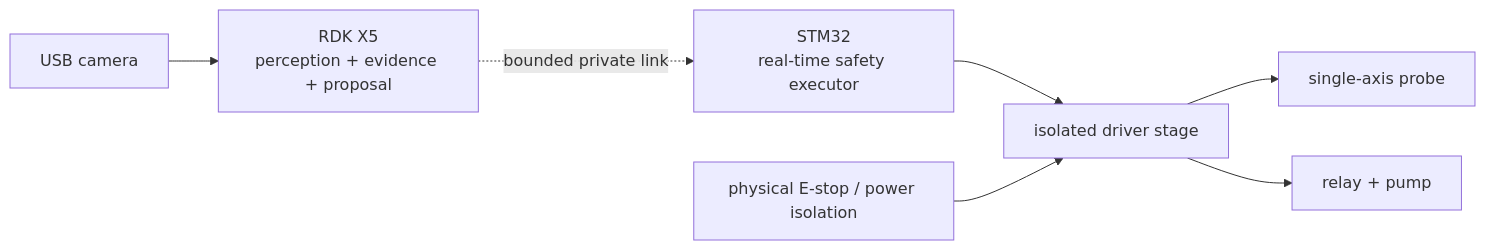
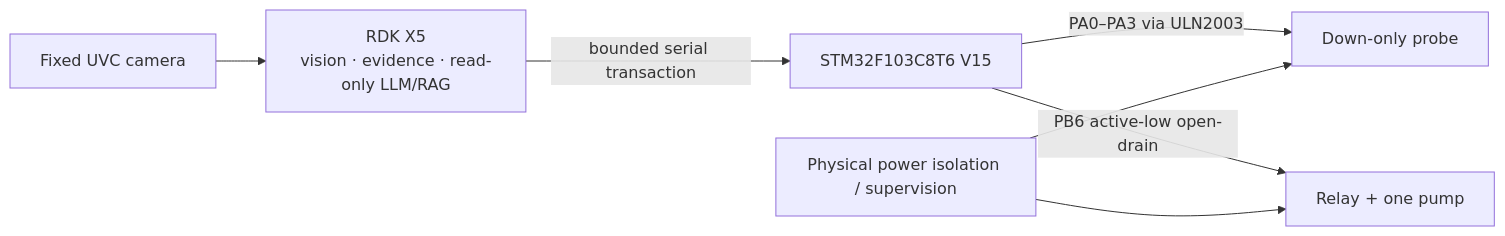
One commit to Xiaomiju-x/RootScope-AdventureX2026 changed the diagram in docs/HARDWARE_OVERVIEW.md. Above: the diagram before and after it, drawn with Mermaid. The commit also changed other lines of this file and 809 other files, not shown here.

````diff
--- a/docs/HARDWARE_OVERVIEW.md
+++ b/docs/HARDWARE_OVERVIEW.md
@@ -5,9 +7,9 @@
 ```mermaid
 flowchart LR
-    CAM["USB camera"] --> X5["RDK X5<br/>perception + evidence + proposal"]
-    X5 -. "bounded private link" .-> MCU["STM32<br/>real-time safety executor"]
-    MCU --> DRV["isolated driver stage"]
-    DRV --> PROBE["single-axis probe"]
-    DRV --> PUMP["relay + pump"]
-    ESTOP["physical E-stop / power isolation"] --> DRV
+    CAM["Fixed UVC camera"] --> X5["RDK X5<br/>vision · evidence · read-only LLM/RAG"]
+    X5 -->|"bounded serial transaction"| MCU["STM32F103C8T6 V15"]
+    MCU -->|"PA0–PA3 via ULN2003"| PROBE["Down-only probe"]
+    MCU -->|"PB6 active-low open-drain"| RELAY["Relay + one pump"]
+    CUT["Physical power isolation / supervision"] --> PROBE
+    CUT --> RELAY
 ```
````
